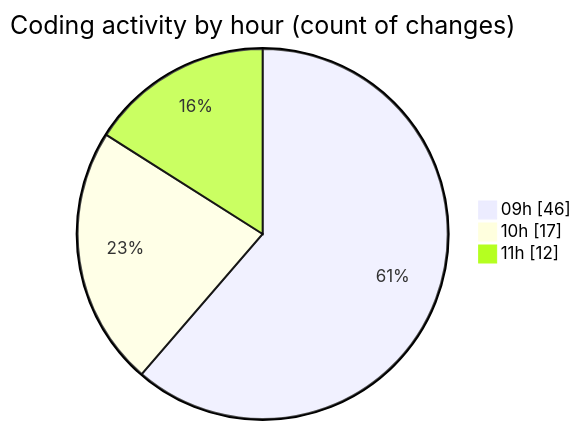
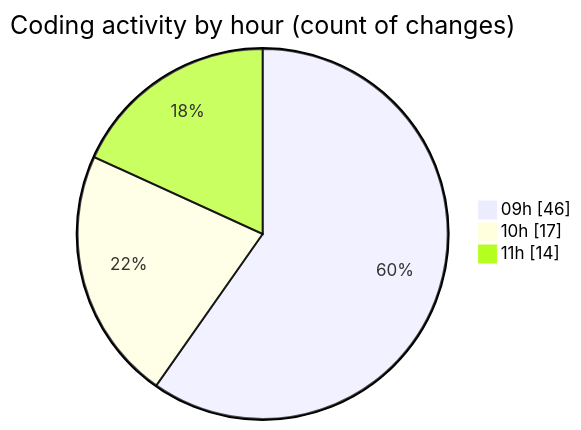
One commit to momahboobian/code-tracking changed the second of 2 diagrams in 2025-03-25/cda/README.md. Above: the diagram before and after it, drawn with Mermaid. The commit also changed other lines of this file and 1 other file, not shown here.

````diff
--- a/2025-03-25/cda/README.md
+++ b/2025-03-25/cda/README.md
@@ -49,7 +50,7 @@
 ```mermaid
 pie showData
 title Coding activity by hour (count of changes)
 "09h" : 46
 "10h" : 17
-"11h" : 12
+"11h" : 14
 ```
````
